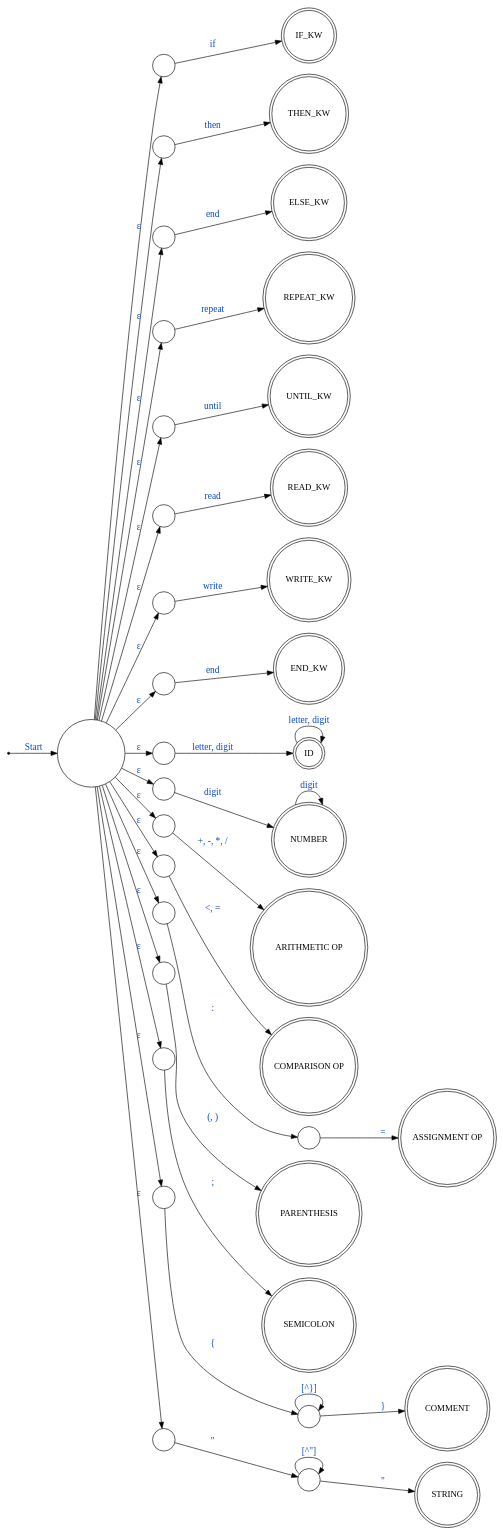
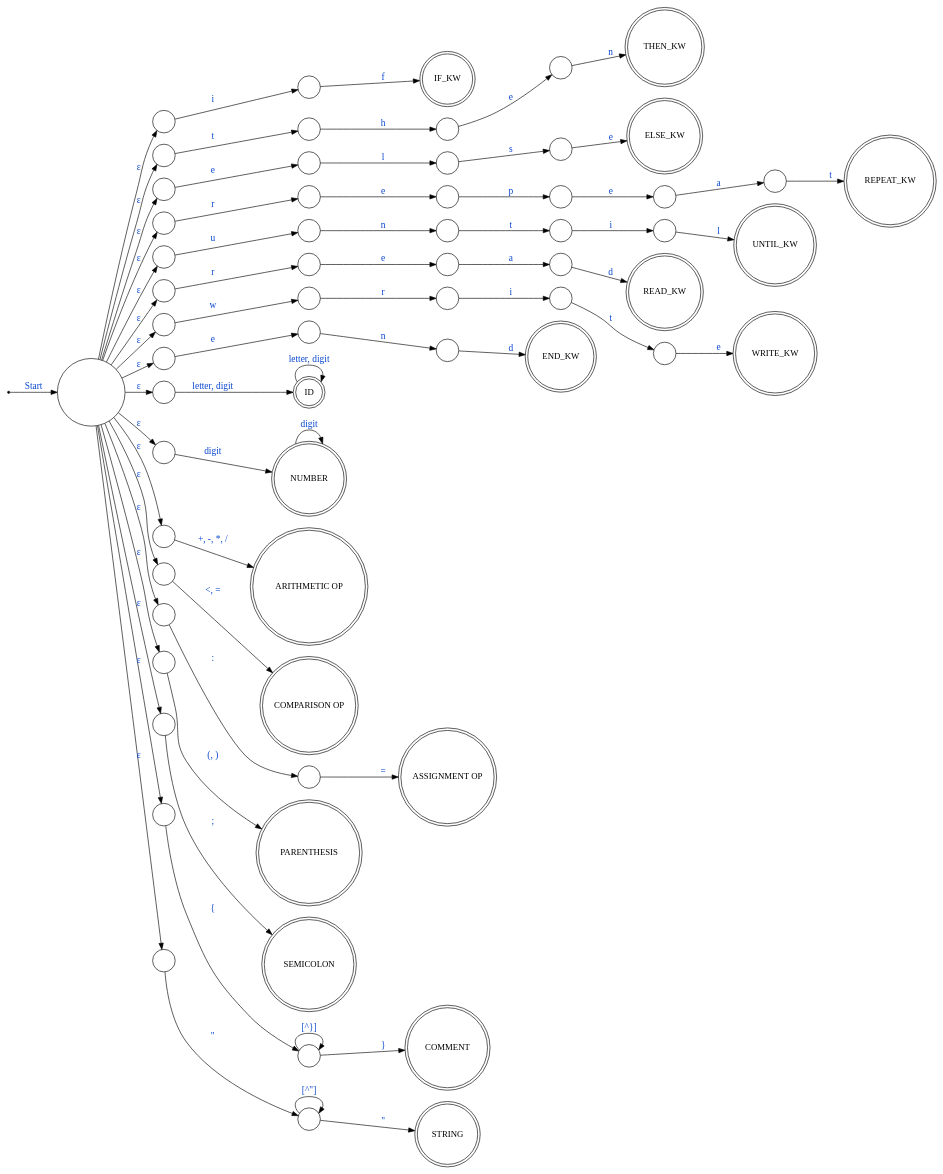
Before and after one commit to smoawad66/tiny-compiler: the diagram in graphs/NFA.gv, drawn with Graphviz.

Commit message:
Update NFA

```diff
--- a/graphs/NFA.gv
+++ b/graphs/NFA.gv
@@ -1,107 +1,165 @@
 digraph TinyNFA {
     rankdir=LR;
     node [shape=circle];
     edge [fontsize=15, fontcolor="#0847cf"];
 
     S0 [shape=point];
 
     //start state
     start [label="", width=1.5, height=1.5];
     S0 -> start [label="Start"];
 
     //if
-    start -> KW_if1 [label="ε"]; KW_if1 [label=""];
-
-    KW_if1 -> KW_if2 [label="if"];
-    KW_if2 [label="IF_KW", shape=doublecircle];
+    start -> KW_if1 [label="ε"];
+    KW_if1 [label=""];
+    KW_if1 -> KW_if2 [label="i"];
+    KW_if2 [label=""];
+    KW_if2 -> KW_if3 [label="f"];
+    KW_if3 [label="IF_KW", shape=doublecircle];
 
     //then
-    start -> KW_then1 [label="ε"]; KW_then1 [label=""];
-    KW_then1 -> KW_then2 [label="then"];
-    KW_then2 [label="THEN_KW", shape=doublecircle];
+    start -> KW_then1 [label="ε"];
+    KW_then1 [label=""];
+    KW_then1 -> KW_then2 [label="t"];
+    KW_then2 [label=""];
+    KW_then2 -> KW_then3 [label="h"];
+    KW_then3 [label=""];
+    KW_then3 -> KW_then4 [label="e"];
+    KW_then4 [label=""];
+    KW_then4 -> KW_then5 [label="n"];
+    KW_then5 [label="THEN_KW", shape=doublecircle];
 
     //else
-    start -> KW_else1 [label="ε"]; KW_else1 [label=""];
-    KW_else1 -> KW_else2 [label="end"];
-    KW_else2 [label="ELSE_KW", shape=doublecircle];
+    start -> KW_else1 [label="ε"];
+    KW_else1 [label=""];
+    KW_else1 -> KW_else2 [label="e"];
+    KW_else2 [label=""];
+    KW_else2 -> KW_else3 [label="l"];
+    KW_else3 [label=""];
+    KW_else3 -> KW_else4 [label="s"];
+    KW_else4 [label=""];
+    KW_else4 -> KW_else5 [label="e"];
+    KW_else5 [label="ELSE_KW", shape=doublecircle];
+
 
     //repeat
-    start -> KW_repeat1 [label="ε"]; KW_repeat1 [label=""];
-    KW_repeat1 -> KW_repeat2 [label="repeat"];
-    KW_repeat2 [label="REPEAT_KW", shape=doublecircle];
+    start -> KW_repeat1 [label="ε"];
+    KW_repeat1 [label=""];
+    KW_repeat1 -> KW_repeat2 [label="r"];
+    KW_repeat2 [label=""];
+    KW_repeat2 -> KW_repeat3 [label="e"];
+    KW_repeat3 [label=""];
+    KW_repeat3 -> KW_repeat4 [label="p"];
+    KW_repeat4 [label=""];
+    KW_repeat4 -> KW_repeat5 [label="e"];
+    KW_repeat5 [label=""];
+    KW_repeat5 -> KW_repeat6 [label="a"];
+    KW_repeat6 [label=""];
+    KW_repeat6 -> KW_repeat7 [label="t"];
+    KW_repeat7 [label="REPEAT_KW", shape=doublecircle];
 
     //until
-    start -> KW_until1 [label="ε"]; KW_until1 [label=""];
-    KW_until1 -> KW_until2 [label="until"];
-    KW_until2 [label="UNTIL_KW", shape=doublecircle];
+    start -> KW_until1 [label="ε"];
+    KW_until1 [label=""];
+    KW_until1 -> KW_until2 [label="u"];
+    KW_until2 [label=""];
+    KW_until2 -> KW_until3 [label="n"];
+    KW_until3 [label=""];
+    KW_until3 -> KW_until4 [label="t"];
+    KW_until4 [label=""];
+    KW_until4 -> KW_until5 [label="i"];
+    KW_until5 [label=""];
+    KW_until5 -> KW_until6 [label="l"];
+    KW_until6 [label="UNTIL_KW", shape=doublecircle];
 
     //read
-    start -> KW_read1 [label="ε"]; KW_read1 [label=""];
-    KW_read1 -> KW_read2 [label="read"];
-    KW_read2 [label="READ_KW", shape=doublecircle];
+    start -> KW_read1 [label="ε"];
+    KW_read1 [label=""];
+    KW_read1 -> KW_read2 [label="r"];
+    KW_read2 [label=""];
+    KW_read2 -> KW_read3 [label="e"];
+    KW_read3 [label=""];
+    KW_read3 -> KW_read4 [label="a"];
+    KW_read4 [label=""];
+    KW_read4 -> KW_read5 [label="d"];
+    KW_read5 [label="READ_KW", shape=doublecircle];
 
     //write
-    start -> KW_write1 [label="ε"]; KW_write1 [label=""];
-    KW_write1 -> KW_write2 [label="write"];
-    KW_write2 [label="WRITE_KW", shape=doublecircle];
+    start -> KW_write1 [label="ε"];
+    KW_write1 [label=""];
+    KW_write1 -> KW_write2 [label="w"];
+    KW_write2 [label=""];
+    KW_write2 -> KW_write3 [label="r"];
+    KW_write3 [label=""];
+    KW_write3 -> KW_write4 [label="i"];
+    KW_write4 [label=""];
+    KW_write4 -> KW_write5 [label="t"];
+    KW_write5 [label=""];
+    KW_write5 -> KW_write6 [label="e"];
+    KW_write6 [label="WRITE_KW", shape=doublecircle];
 
     //end
-    start -> KW_end1 [label="ε"]; KW_end1 [label=""];
-    KW_end1 -> KW_end2 [label="end"];
-    KW_end2 [label="END_KW", shape=doublecircle];
+    start -> KW_end1 [label="ε"];
+    KW_end1 [label=""];
+    KW_end1 -> KW_end2 [label="e"];
+    KW_end2 [label=""];
+    KW_end2 -> KW_end3 [label="n"];
+    KW_end3 [label=""];
+    KW_end3 -> KW_end4 [label="d"];
+    KW_end4 [label="END_KW", shape=doublecircle];
 
     //identifier
     start -> ID1 [label="ε"];
     ID1 [label=""];
     ID1 -> IDF [label="letter, digit"];
     IDF -> IDF [label="letter, digit"];
     IDF [label="ID", shape=doublecircle];
 
     //number
     start -> NUM1 [label="ε"];
     NUM1 [label=""];
     NUM1 -> NUMF [label="digit"];
     NUMF -> NUMF [label="digit"];
     NUMF [label="NUMBER", shape=doublecircle];
 
     //arithmetic
     ARITHOP [label=""]
     start -> ARITHOP [label="ε"];
     ARITHOP -> ARITHOPF [label="+, -, *, /"]
     ARITHOPF [label="ARITHMETIC OP", shape=doublecircle];
 
     //comparison
     start -> COMPOP [label="ε"]; COMPOP [label=""];
     COMPOP -> COMPOPF [label="<, ="];
     COMPOPF [label="COMPARISON OP", shape=doublecircle, width=1.5, height=1.5];
 
     //assignement
     start -> ASSIGN1 [label="ε"];ASSIGN1 [label=""];
     ASSIGN1 -> ASSIGN2 [label=":"];
     ASSIGN2 -> ASSIGNF [label="="]; ASSIGN2 [label=""];
     ASSIGNF [label="ASSIGNMENT OP", shape=doublecircle, width=1.5, height=1.5];
 
     //parenthesis
     start -> PAREN [label="ε"]; PAREN [label=""];
     PAREN -> PARENF [label="(, )"];
     PARENF [label="PARENTHESIS", shape=doublecircle];
 
     // semicolon
     start -> SEMICOLON [label="ε"]; SEMICOLON [label=""];
     SEMICOLON -> SEMIF [label=";"];
     SEMIF [label="SEMICOLON", shape=doublecircle];
 
     //comments
     start -> COMMENT [label="ε"]; COMMENT [label=""];
     COMMENT -> COMMENT_BODY [label="{"];COMMENT_BODY [label=""];
     COMMENT_BODY -> COMMENT_BODY [label="[^}]"];
     COMMENT_BODY -> COMMENTF [label="}"];
     COMMENTF [label="COMMENT", shape=doublecircle];
 
     //strings
     start -> STRING1 [label="ε"]; STRING1 [label=""];
     STRING1 -> STRING2 [label="\""]; STRING2 [label=""];
     STRING2 -> STRING2 [label="[^\"]"];
     STRING2 -> STRINGF [label="\""];
     STRINGF [label="STRING", shape=doublecircle];
 }
```
